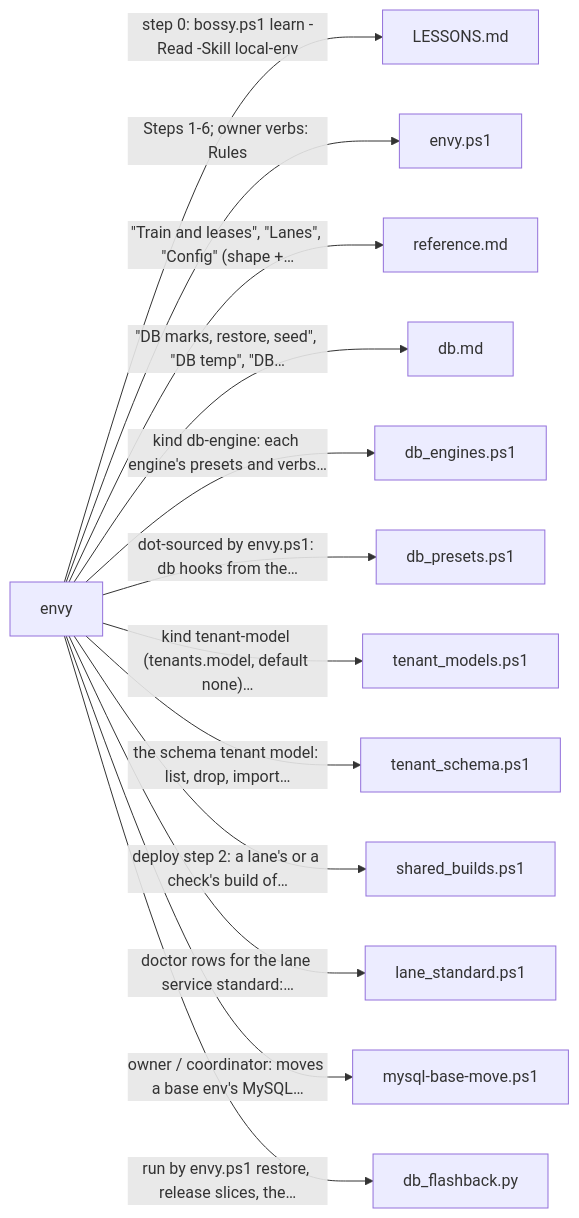
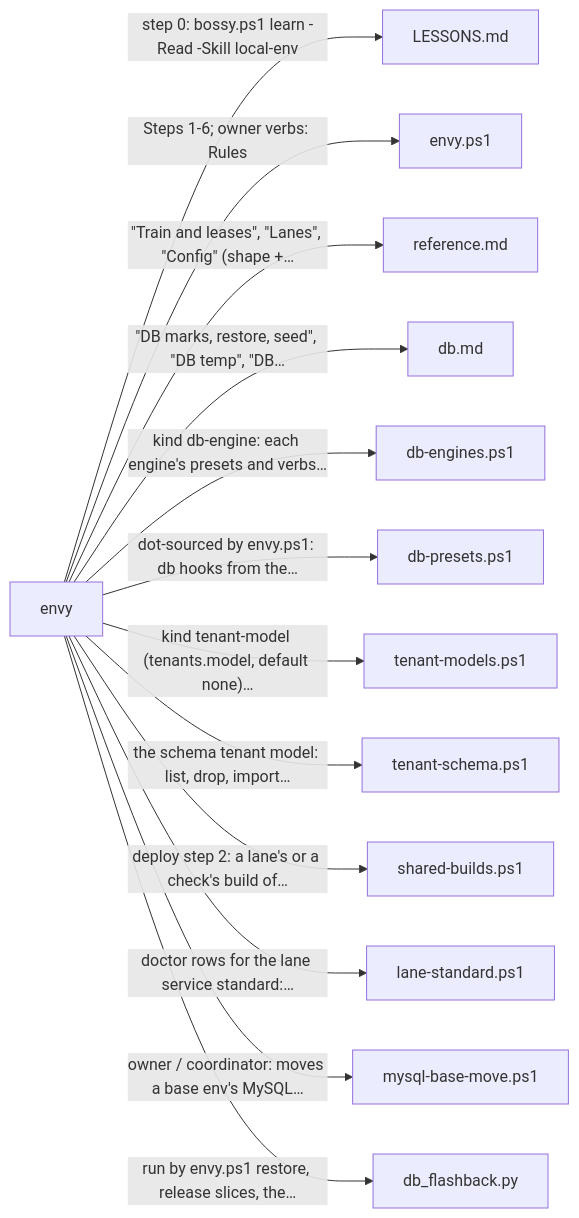
One commit to prskid1000/claude-crew changed the seventh of 8 diagrams in README.md. Above: the diagram before and after it, drawn with Mermaid. The commit also changed other lines of this file and 110 other files, not shown here.

````diff
--- a/README.md
+++ b/README.md
@@ -583,16 +583,16 @@
 ```mermaid
 flowchart LR
   skills_envy_SKILL_md["envy"]
   skills_envy_SKILL_md -->|"step 0: bossy.ps1 learn -Read -Skill local-env"| LESSONS_md["LESSONS.md"]
   skills_envy_SKILL_md -->|"Steps 1-6; owner verbs: Rules"| skills_envy_envy_ps1["envy.ps1"]
   skills_envy_SKILL_md -->|"#quot;Train and leases#quot;, #quot;Lanes#quot;, #quot;Config#quot; (shape +…"| skills_envy_reference_md["reference.md"]
   skills_envy_SKILL_md -->|"#quot;DB marks, restore, seed#quot;, #quot;DB temp#quot;, #quot;DB…"| skills_envy_db_md["db.md"]
-  skills_envy_SKILL_md -->|"kind db-engine: each engine's presets and verbs…"| skills_envy_adapters_db_engines_ps1["db_engines.ps1"]
-  skills_envy_SKILL_md -->|"dot-sourced by envy.ps1: db hooks from the…"| skills_envy_adapters_db_presets_ps1["db_presets.ps1"]
-  skills_envy_SKILL_md -->|"kind tenant-model (tenants.model, default none)…"| skills_envy_adapters_tenant_models_ps1["tenant_models.ps1"]
-  skills_envy_SKILL_md -->|"the schema tenant model: list, drop, import…"| skills_envy_adapters_tenant_schema_ps1["tenant_schema.ps1"]
-  skills_envy_SKILL_md -->|"deploy step 2: a lane's or a check's build of…"| skills_envy_adapters_shared_builds_ps1["shared_builds.ps1"]
-  skills_envy_SKILL_md -->|"doctor rows for the lane service standard:…"| skills_envy_adapters_lane_standard_ps1["lane_standard.ps1"]
+  skills_envy_SKILL_md -->|"kind db-engine: each engine's presets and verbs…"| skills_envy_adapters_db_engines_ps1["db-engines.ps1"]
+  skills_envy_SKILL_md -->|"dot-sourced by envy.ps1: db hooks from the…"| skills_envy_adapters_db_presets_ps1["db-presets.ps1"]
+  skills_envy_SKILL_md -->|"kind tenant-model (tenants.model, default none)…"| skills_envy_adapters_tenant_models_ps1["tenant-models.ps1"]
+  skills_envy_SKILL_md -->|"the schema tenant model: list, drop, import…"| skills_envy_adapters_tenant_schema_ps1["tenant-schema.ps1"]
+  skills_envy_SKILL_md -->|"deploy step 2: a lane's or a check's build of…"| skills_envy_adapters_shared_builds_ps1["shared-builds.ps1"]
+  skills_envy_SKILL_md -->|"doctor rows for the lane service standard:…"| skills_envy_adapters_lane_standard_ps1["lane-standard.ps1"]
   skills_envy_SKILL_md -->|"owner / coordinator: moves a base env's MySQL…"| skills_envy_mysql_base_move_ps1["mysql-base-move.ps1"]
   skills_envy_SKILL_md -->|"run by envy.ps1 restore, release slices, the…"| skills_envy_adapters_db_flashback_py["db_flashback.py"]
 ```
````
